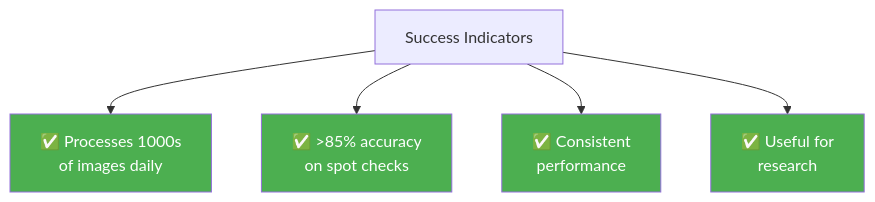
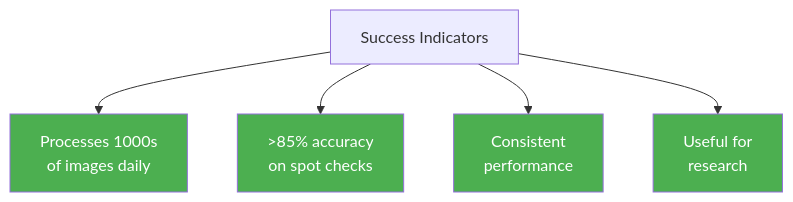
Before and after one commit to SITES-spectral/phenocai: diagram 18 of 19 in docs/workflow_prediction.md, drawn with Mermaid. The commit also changed other lines of this file and 22 other files, not shown here.

````diff
--- a/docs/workflow_prediction.md
+++ b/docs/workflow_prediction.md
@@ -423,12 +423,12 @@
 ```mermaid
 graph TD
-    A[Success Indicators] --> B[✅ Processes 1000s<br/>of images daily]
-    A --> C[✅ >85% accuracy<br/>on spot checks]
-    A --> D[✅ Consistent<br/>performance]
-    A --> E[✅ Useful for<br/>research]
+    A[Success Indicators] --> B[Processes 1000s<br/>of images daily]
+    A --> C[>85% accuracy<br/>on spot checks]
+    A --> D[Consistent<br/>performance]
+    A --> E[Useful for<br/>research]
     
     style B fill:#4caf50,color:#fff
     style C fill:#4caf50,color:#fff
     style D fill:#4caf50,color:#fff
     style E fill:#4caf50,color:#fff
 ```
````
